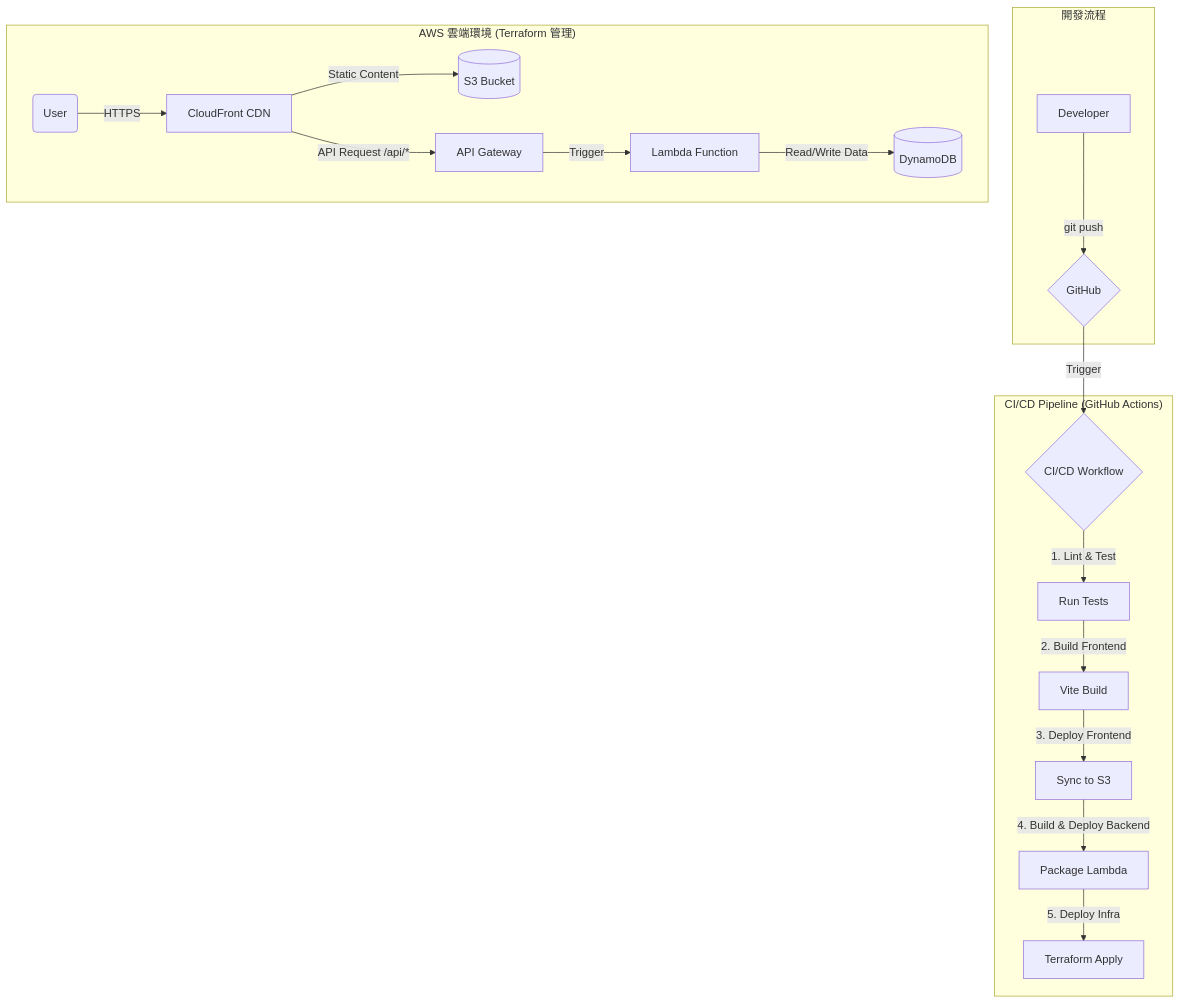
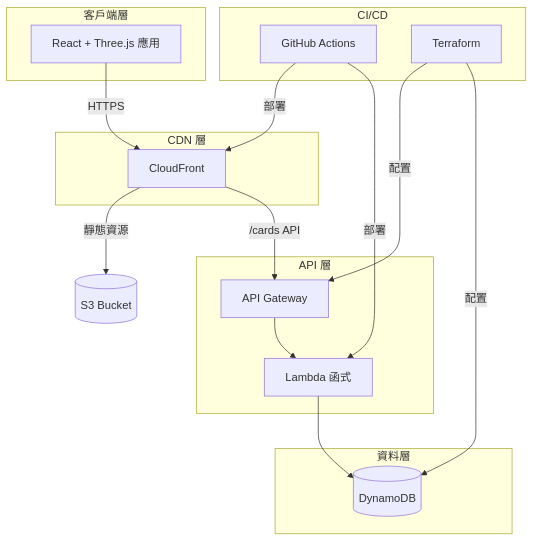
Before and after one commit to ceparadise168/echo-tree: the diagram in README.zh-tw.md, drawn with Mermaid. The commit also changed other lines of this file and 3 other files, not shown here.

````diff
--- a/README.zh-tw.md
+++ b/README.zh-tw.md
@@ -29,23 +131,35 @@
 ```mermaid
 graph TD
-    subgraph "開發流程"
-        A[Developer] -- "git push" --> B{GitHub}
+    subgraph "客戶端層"
+        A[React + Three.js 應用]
     end
 
-    subgraph "CI/CD Pipeline (GitHub Actions)"
-        B -- "Trigger" --> C{CI/CD Workflow}
-        C -- "1. Lint & Test" --> D[Run Tests]
-        D -- "2. Build Frontend" --> E[Vite Build]
-        E -- "3. Deploy Frontend" --> F[Sync to S3]
-        F -- "4. Build & Deploy Backend" --> G[Package Lambda]
-        G -- "5. Deploy Infra" --> H[Terraform Apply]
+    subgraph "CDN 層"
+        B[CloudFront]
     end
 
-    subgraph "AWS 雲端環境 (Terraform 管理)"
-        I(User) -- "HTTPS" --> J[CloudFront CDN]
-        J -- "Static Content" --> K[(S3 Bucket)]
-        J -- "API Request /api/*" --> L[API Gateway]
-        L -- "Trigger" --> M[Lambda Function]
-        M -- "Read/Write Data" --> N[(DynamoDB)]
+    subgraph "API 層"
+        C[API Gateway]
+        D[Lambda 函式]
     end
+
+    subgraph "資料層"
+        E[(DynamoDB)]
+    end
+
+    subgraph "CI/CD"
+        F[GitHub Actions]
+        G[Terraform]
+    end
+
+    A -->|HTTPS| B
+    B -->|靜態資源| H[(S3 Bucket)]
+    B -->|/cards API| C
+    C --> D
+    D --> E
+    
+    F -->|部署| B
+    F -->|部署| D
+    G -->|配置| C
+    G -->|配置| E
 ```
````
